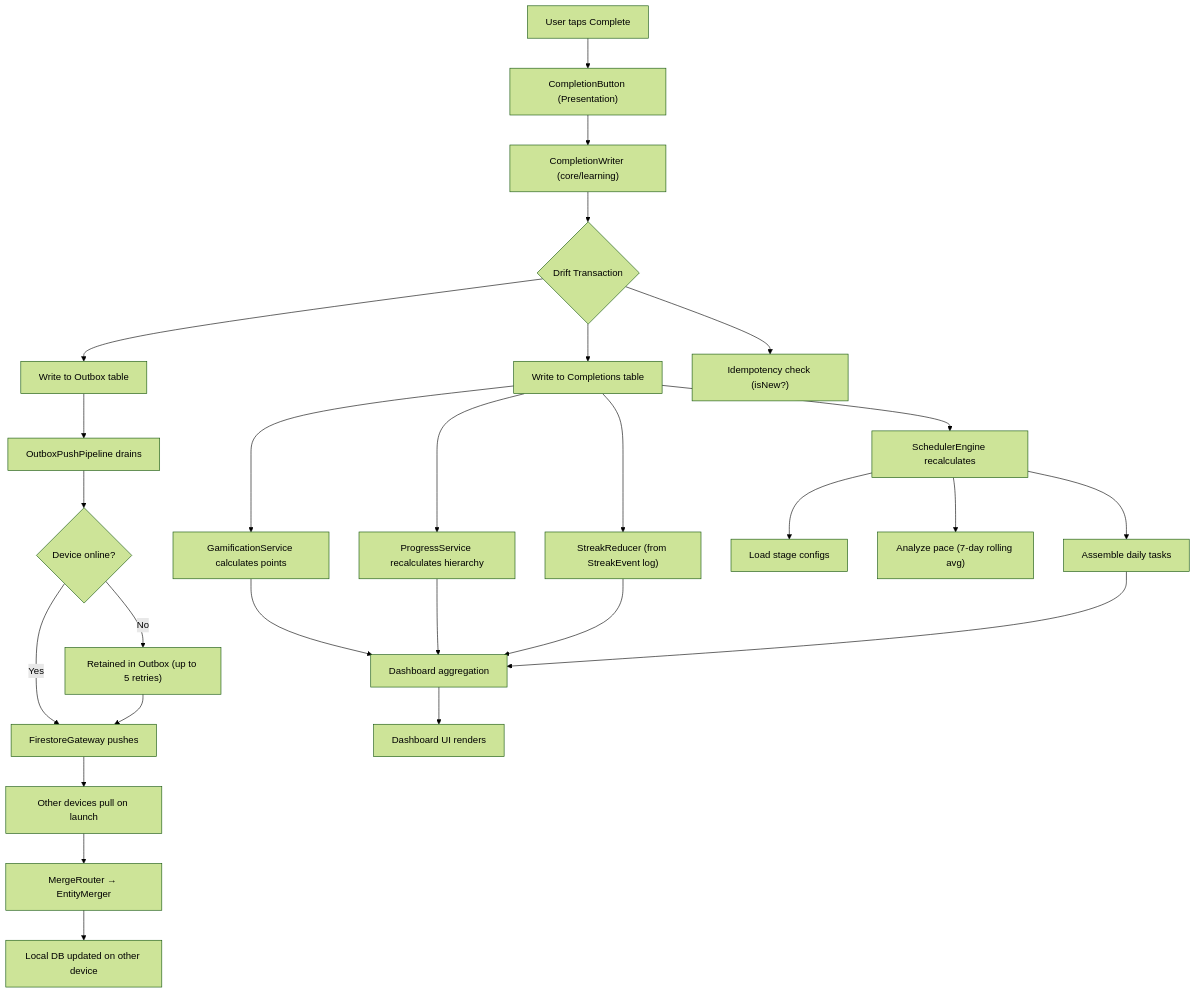
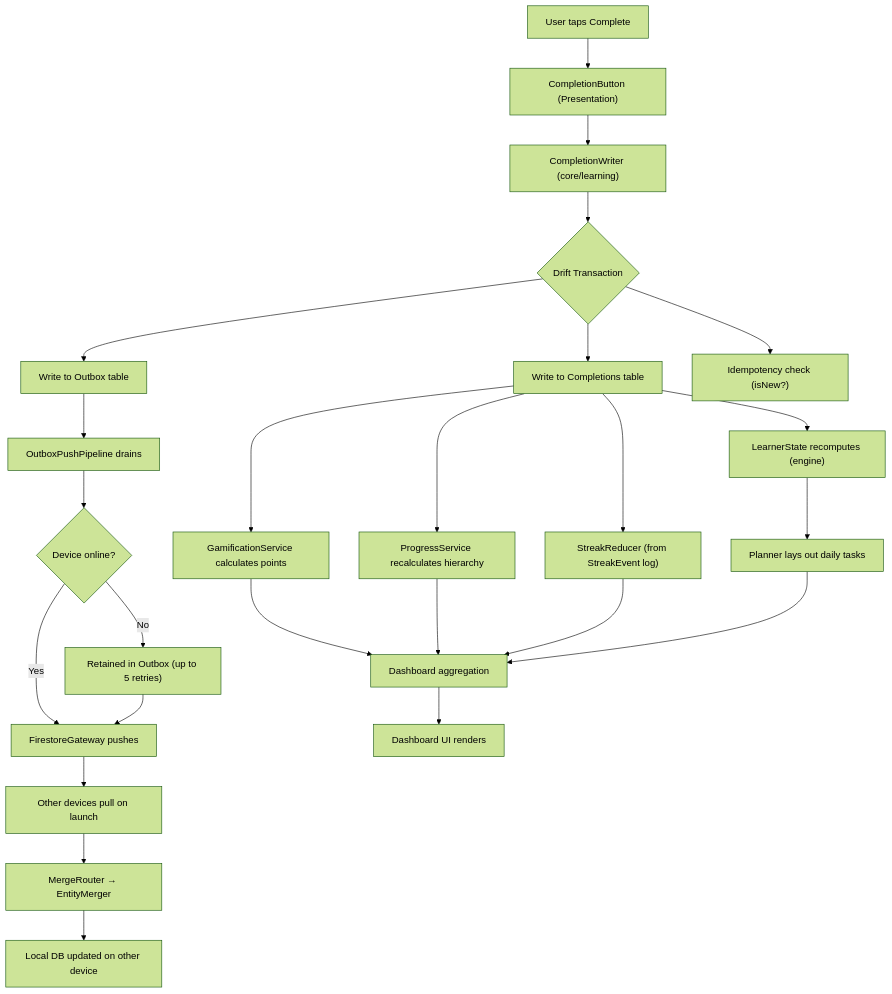
One commit to dniasoff/learning-tracker changed the third of 4 diagrams in docs/architecture.md. Above: the diagram before and after it, drawn with Mermaid (forest theme). The commit also changed other lines of this file and 4 other files, not shown here.

````diff
--- a/docs/architecture.md
+++ b/docs/architecture.md
@@ -288,35 +288,33 @@
 ```mermaid
 flowchart TD
     A["User taps Complete"] --> B["CompletionButton (Presentation)"]
     B --> C["CompletionWriter (core/learning)"]
     C --> D{"Drift Transaction"}
     D --> E["Write to Completions table"]
     D --> F["Write to Outbox table"]
     D --> G["Idempotency check (isNew?)"]
 
     E --> H["GamificationService calculates points"]
     E --> I["ProgressService recalculates hierarchy"]
     E --> J["StreakReducer (from StreakEvent log)"]
 
     H --> K["Dashboard aggregation"]
     I --> K
     J --> K
 
     F --> L["OutboxPushPipeline drains"]
     L --> M{"Device online?"}
     M -- Yes --> N["FirestoreGateway pushes"]
     M -- No --> O["Retained in Outbox (up to 5 retries)"]
     O --> N
 
-    E --> P["SchedulerEngine recalculates"]
-    P --> Q["Load stage configs"]
-    P --> R["Analyze pace (7-day rolling avg)"]
-    P --> S["Assemble daily tasks"]
+    E --> P["LearnerState recomputes (engine)"]
+    P --> S["Planner lays out daily tasks"]
     S --> K
 
     K --> T["Dashboard UI renders"]
 
     N --> U["Other devices pull on launch"]
     U --> V["MergeRouter → EntityMerger"]
     V --> W["Local DB updated on other device"]
 ```
````
